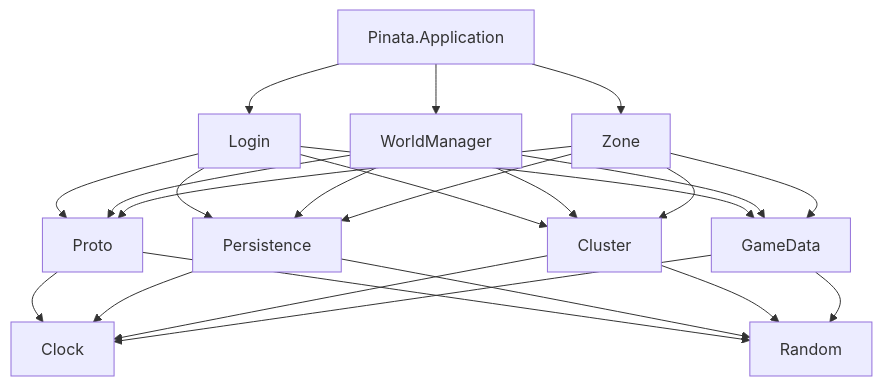
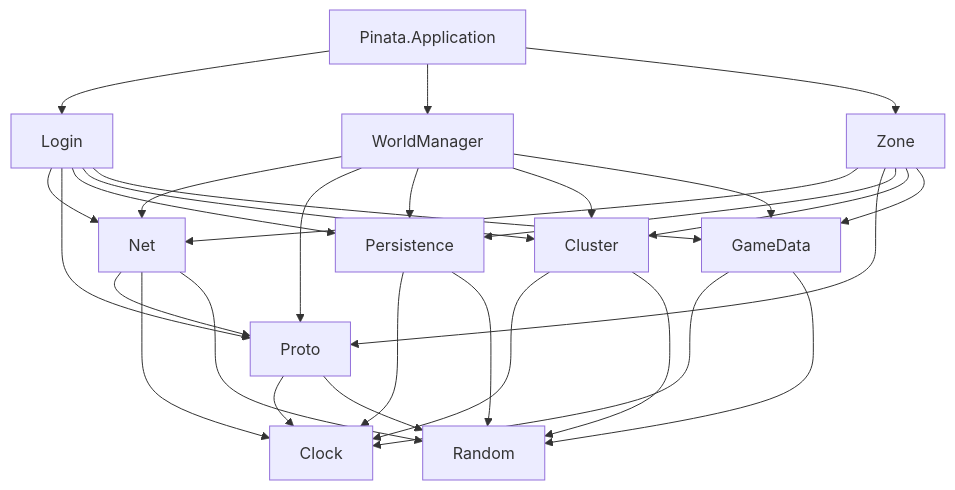
One commit to wbpascal/pinata changed the first of 2 diagrams in server/docs/technical/README.md. Above: the diagram before and after it, drawn with Mermaid. The commit also changed other lines of this file and 26 other files, not shown here.

````diff
--- a/server/docs/technical/README.md
+++ b/server/docs/technical/README.md
@@ -27,6 +28,7 @@
 ```mermaid
 flowchart TD
     App[Pinata.Application] --> Login & WorldManager & Zone
-    Login & WorldManager & Zone --> Proto & Persistence & Cluster & GameData
-    Proto & Persistence & Cluster & GameData --> Clock & Random
+    Login & WorldManager & Zone --> Net & Proto & Persistence & Cluster & GameData
+    Net --> Proto
+    Net & Proto & Persistence & Cluster & GameData --> Clock & Random
 ```
````
